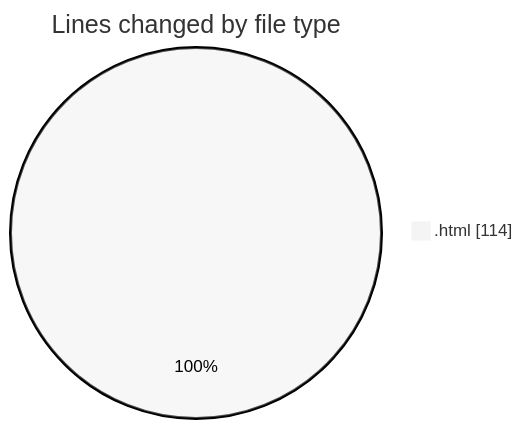
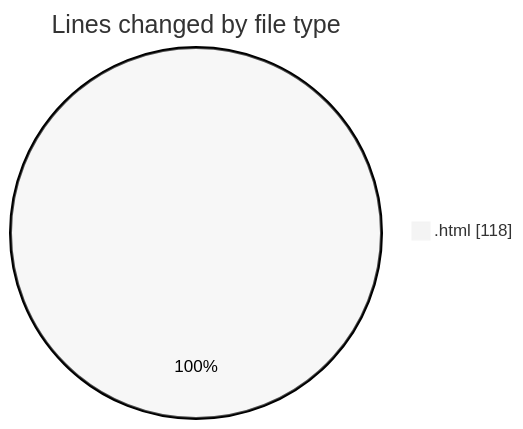
Before and after one commit to LanceThiago/code-tracking: the first of 2 diagrams in 2025-01-07/nueva_carpeta/README.md, drawn with Mermaid (neutral theme). The commit also changed other lines of this file and 1 other file, not shown here.

````diff
--- a/2025-01-07/nueva_carpeta/README.md
+++ b/2025-01-07/nueva_carpeta/README.md
@@ -20,5 +20,5 @@
 ```mermaid
 pie showData
 title Lines changed by file type
-".html" : 114
+".html" : 118
 ```
````
